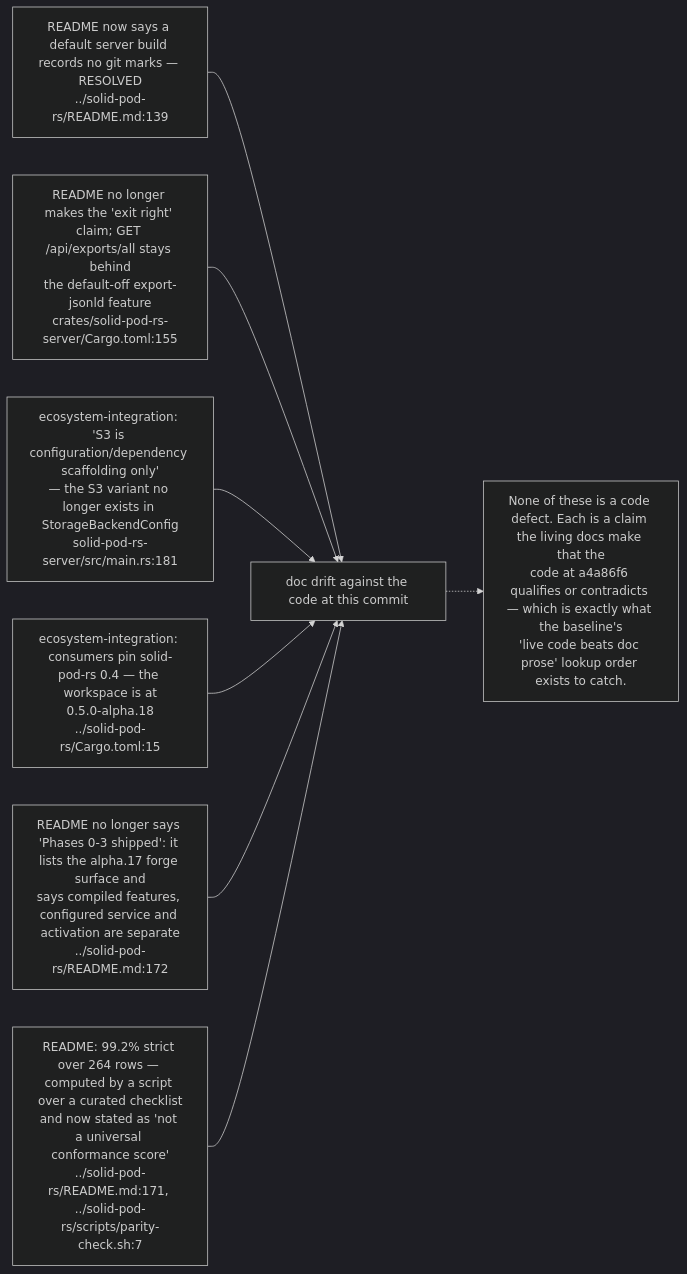
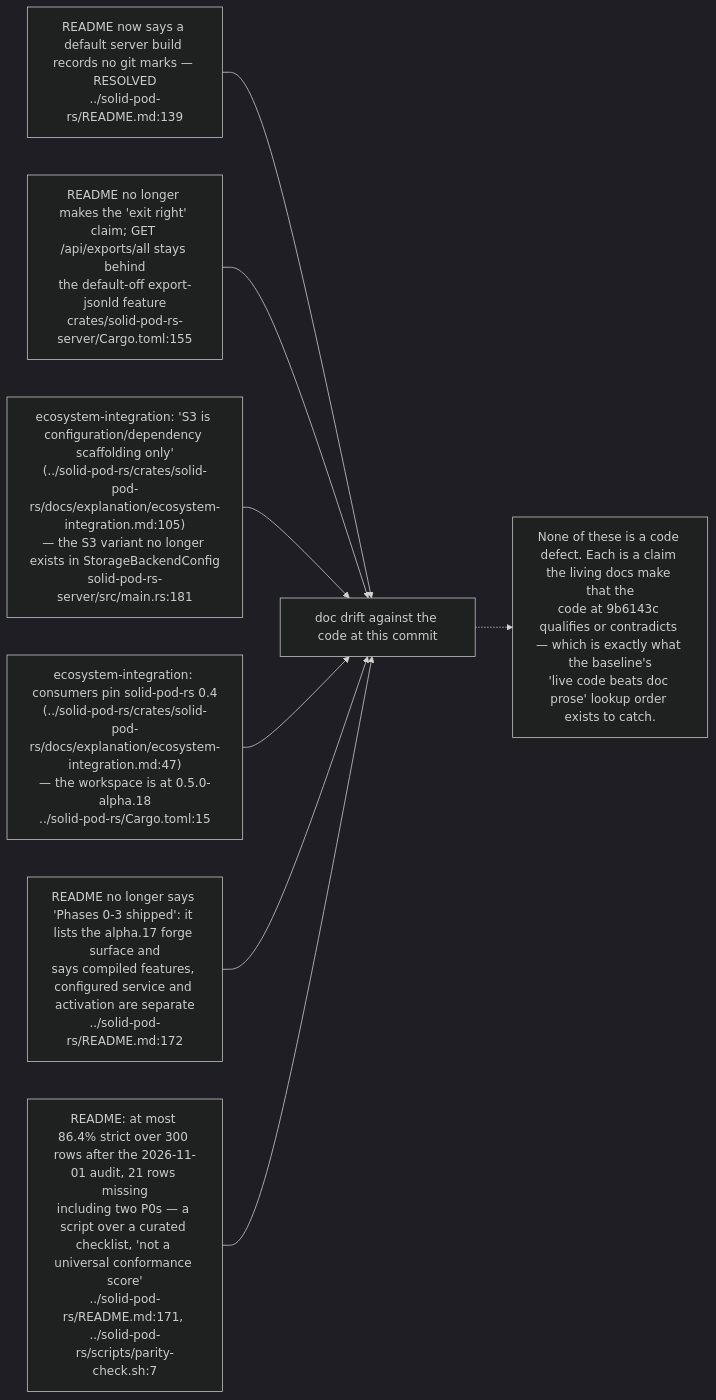
One commit to DreamLab-AI/VisionFlow changed the seventh of 12 diagrams in docs/diagrams/solid-pod-rs/10-failure-modes-and-invariants.md. Above: the diagram before and after it, drawn with Mermaid (dark theme). The commit also changed other lines of this file and 47 other files, not shown here.

First line of the commit message:
docs(audit): wave 1 completes Solid, loom and dream-machine; rebinds stale claims

````diff
--- a/docs/diagrams/solid-pod-rs/10-failure-modes-and-invariants.md
+++ b/docs/diagrams/solid-pod-rs/10-failure-modes-and-invariants.md
@@ -205,19 +223,19 @@
 ```mermaid
 flowchart LR
     R1["README now says a default server build records no git marks — RESOLVED<br/>../solid-pod-rs/README.md:139"]
     R2["README no longer makes the 'exit right' claim; GET /api/exports/all stays behind<br/>the default-off export-jsonld feature<br/>crates/solid-pod-rs-server/Cargo.toml:155"]
-    R3["ecosystem-integration: 'S3 is configuration/dependency scaffolding only'<br/>— the S3 variant no longer exists in StorageBackendConfig<br/>solid-pod-rs-server/src/main.rs:181"]
-    R4["ecosystem-integration: consumers pin solid-pod-rs 0.4 — the workspace is at<br/>0.5.0-alpha.18<br/>../solid-pod-rs/Cargo.toml:15"]
+    R3["ecosystem-integration: 'S3 is configuration/dependency scaffolding only'<br/>(../solid-pod-rs/crates/solid-pod-rs/docs/explanation/ecosystem-integration.md:105)<br/>— the S3 variant no longer exists in StorageBackendConfig<br/>solid-pod-rs-server/src/main.rs:181"]
+    R4["ecosystem-integration: consumers pin solid-pod-rs 0.4<br/>(../solid-pod-rs/crates/solid-pod-rs/docs/explanation/ecosystem-integration.md:47)<br/>— the workspace is at 0.5.0-alpha.18<br/>../solid-pod-rs/Cargo.toml:15"]
     R5["README no longer says 'Phases 0-3 shipped': it lists the alpha.17 forge surface and<br/>says compiled features, configured service and activation are separate<br/>../solid-pod-rs/README.md:172"]
-    R6["README: 99.2% strict over 264 rows — computed by a script over a curated checklist<br/>and now stated as 'not a universal conformance score'<br/>../solid-pod-rs/README.md:171, ../solid-pod-rs/scripts/parity-check.sh:7"]
+    R6["README: at most 86.4% strict over 300 rows after the 2026-11-01 audit, 21 rows missing<br/>including two P0s — a script over a curated checklist, 'not a universal conformance score'<br/>../solid-pod-rs/README.md:171, ../solid-pod-rs/scripts/parity-check.sh:7"]
 
     R1 --> REG["doc drift against the code at this commit"]
     R2 --> REG
     R3 --> REG
     R4 --> REG
     R5 --> REG
     R6 --> REG
 
-    N["None of these is a code defect. Each is a claim the living docs make that the<br/>code at a4a86f6 qualifies or contradicts — which is exactly what the baseline's<br/>'live code beats doc prose' lookup order exists to catch."]
+    N["None of these is a code defect. Each is a claim the living docs make that the<br/>code at 9b6143c qualifies or contradicts — which is exactly what the baseline's<br/>'live code beats doc prose' lookup order exists to catch."]
     REG -.-> N
 ```
````
